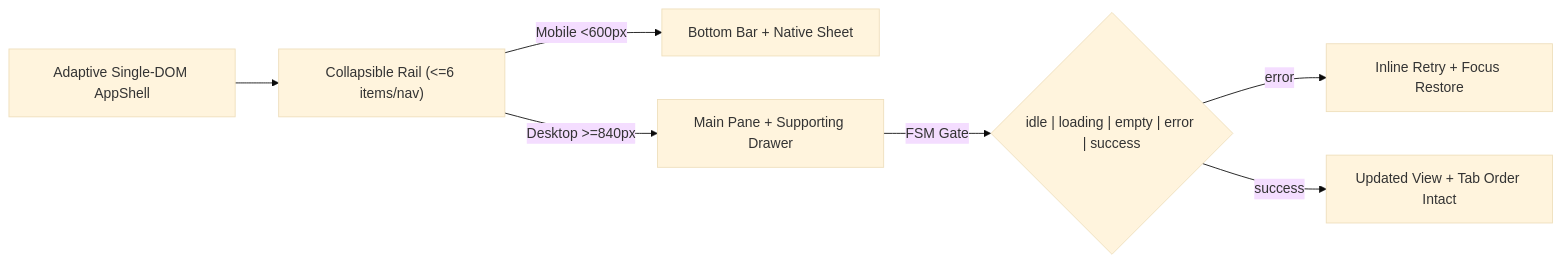
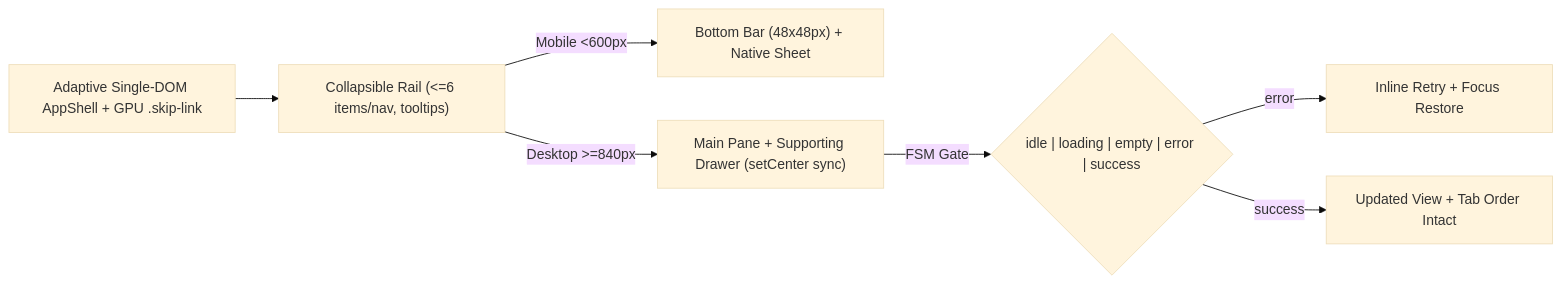
One commit to melkidonadonmed-lgtm/shredded-shape changed the diagram in skills/ui-frontend-analyst/references/navigation_diagram_and_before_after_patterns.md. Above: the diagram before and after it, drawn with Mermaid (base theme). The commit also changed other lines of this file and 79 other files, not shown here.

````diff
--- a/skills/ui-frontend-analyst/references/navigation_diagram_and_before_after_patterns.md
+++ b/skills/ui-frontend-analyst/references/navigation_diagram_and_before_after_patterns.md
@@ -31,9 +26,9 @@
 ```mermaid
 flowchart LR
-  AppShell["Adaptive Single-DOM AppShell"] --> Rail["Collapsible Rail (<=6 items/nav)"]
-  Rail -->|"Mobile <600px"| BottomBar["Bottom Bar + Native Sheet"]
-  Rail -->|"Desktop >=840px"| SplitPane["Main Pane + Supporting Drawer"]
+  AppShell["Adaptive Single-DOM AppShell + GPU .skip-link"] --> Rail["Collapsible Rail (<=6 items/nav, tooltips)"]
+  Rail -->|"Mobile <600px"| BottomBar["Bottom Bar (48x48px) + Native Sheet"]
+  Rail -->|"Desktop >=840px"| SplitPane["Main Pane + Supporting Drawer (setCenter sync)"]
   SplitPane -->|"FSM Gate"| StateOut{"idle | loading | empty | error | success"}
   StateOut -->|"error"| Recover["Inline Retry + Focus Restore"]
   StateOut -->|"success"| Confirm["Updated View + Tab Order Intact"]
 ```
````
